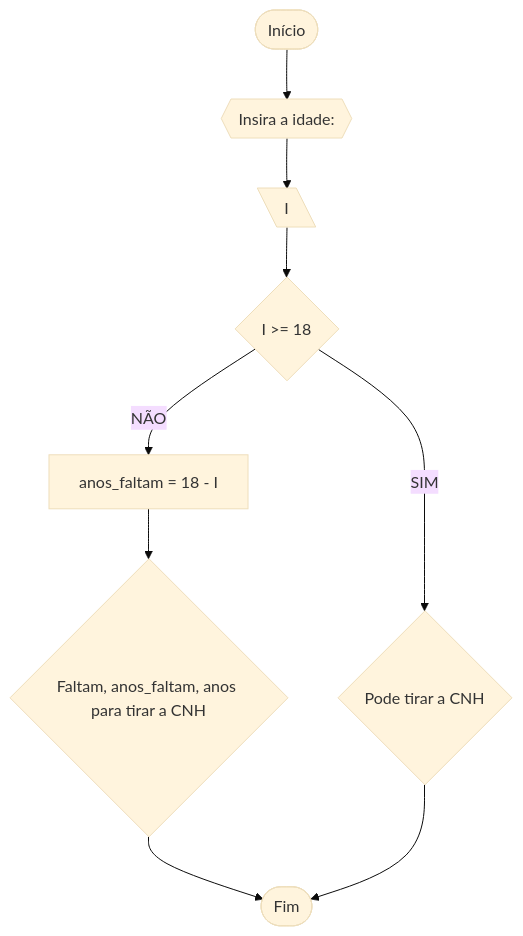
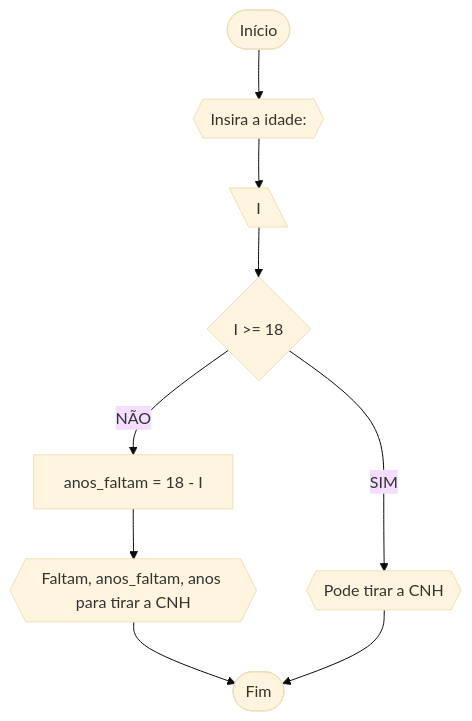
The fourth of 4 diagrams in RLA/lista_exercicio.md (Jandih/Unifor), drawn with Mermaid (base theme) before and after one commit. The commit also changed other lines of this file, not shown here.

`````diff
--- a/RLA/lista_exercicio.md
+++ b/RLA/lista_exercicio.md
@@ -98,11 +98,11 @@
 ````mermaid
 flowchart TD
 A([Início]) --> B{{Insira a idade:}}
 B --> C[\I\]
 C --> D{I >= 18}
-D --SIM--> E{Pode tirar a CNH}
+D --SIM--> E{{Pode tirar a CNH}}
 D --NÃO--> F[anos_faltam = 18 - I]
-F --> G{Faltam, anos_faltam, anos para tirar a CNH}
+F --> G{{Faltam, anos_faltam, anos para tirar a CNH}}
 G --> H
 E --> H([Fim])
 ````
`````
